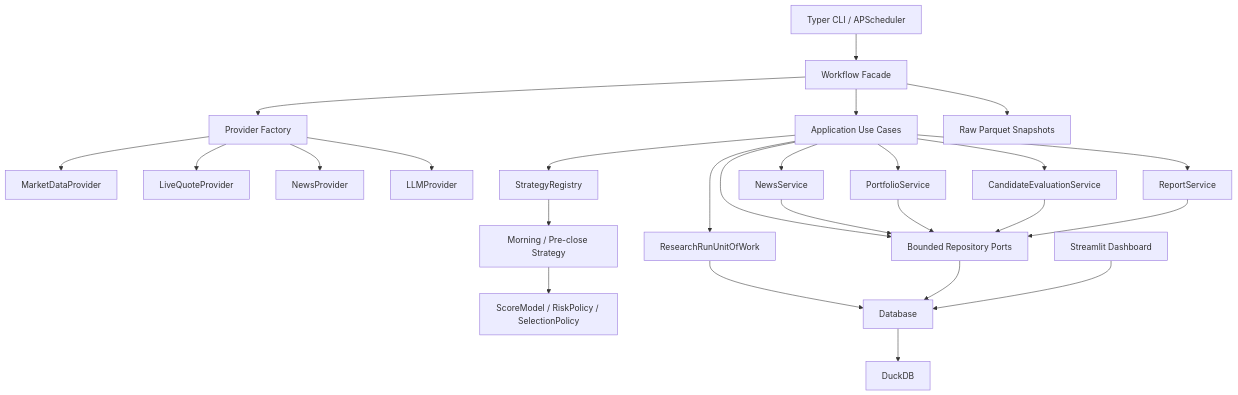
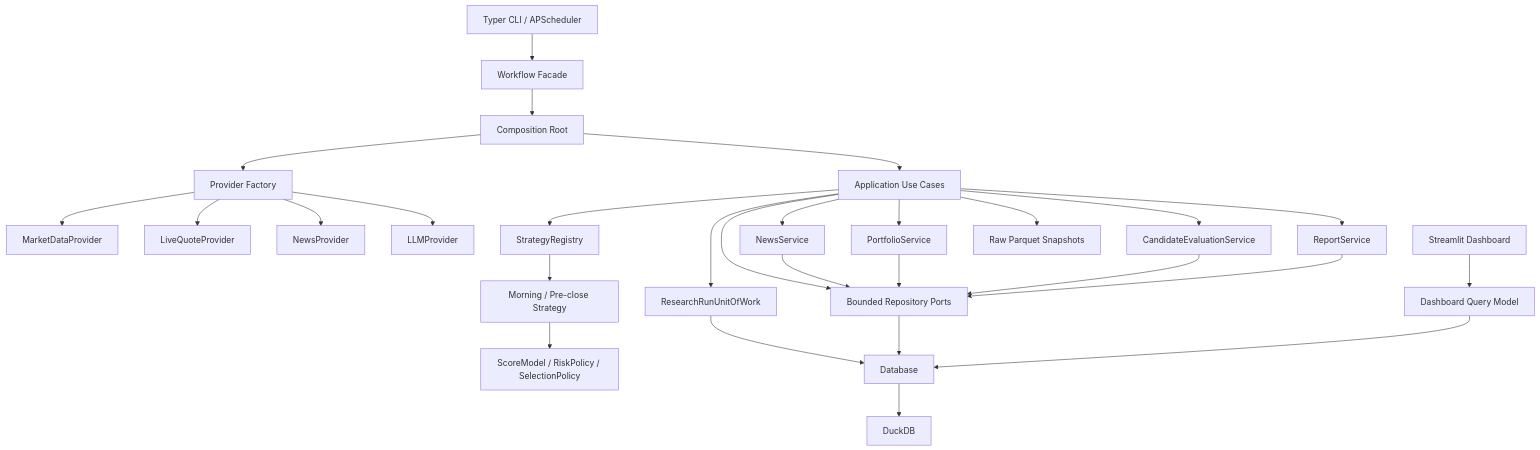
One commit to Dershine/KFCQuantitative changed the second of 4 diagrams in doc/KFCQ_TechnicalSummary.md. Above: the diagram before and after it, drawn with Mermaid. The commit also changed other lines of this file and 23 other files, not shown here.

````diff
--- a/doc/KFCQ_TechnicalSummary.md
+++ b/doc/KFCQ_TechnicalSummary.md
@@ -245,30 +248,32 @@
 ```mermaid
 flowchart TD
     Entry["Typer CLI / APScheduler"] --> Workflow["Workflow Facade"]
-    Workflow --> UseCases["Application Use Cases"]
-    Workflow --> ProviderFactory["Provider Factory"]
+    Workflow --> Bootstrap["Composition Root"]
+    Bootstrap --> UseCases["Application Use Cases"]
+    Bootstrap --> ProviderFactory["Provider Factory"]
     ProviderFactory --> MarketProvider["MarketDataProvider"]
     ProviderFactory --> LiveProvider["LiveQuoteProvider"]
     ProviderFactory --> NewsProvider["NewsProvider"]
     ProviderFactory --> LLMProvider["LLMProvider"]
 
     UseCases --> StrategyRegistry["StrategyRegistry"]
     StrategyRegistry --> Strategy["Morning / Pre-close Strategy"]
     Strategy --> Scoring["ScoreModel / RiskPolicy / SelectionPolicy"]
     UseCases --> News["NewsService"]
     UseCases --> Portfolio["PortfolioService"]
     UseCases --> Evaluation["CandidateEvaluationService"]
     UseCases --> Reports["ReportService"]
 
     UseCases --> UoW["ResearchRunUnitOfWork"]
     UoW --> Database["Database"]
     UseCases --> Repositories["Bounded Repository Ports"]
     News --> Repositories
     Portfolio --> Repositories
     Evaluation --> Repositories
     Reports --> Repositories
     Repositories --> Database
     Database --> DuckDB["DuckDB"]
-    Workflow --> Parquet["Raw Parquet Snapshots"]
-    Dashboard["Streamlit Dashboard"] --> Database
+    UseCases --> Parquet["Raw Parquet Snapshots"]
+    Dashboard["Streamlit Dashboard"] --> QueryModel["Dashboard Query Model"]
+    QueryModel --> Database
 ```
````
